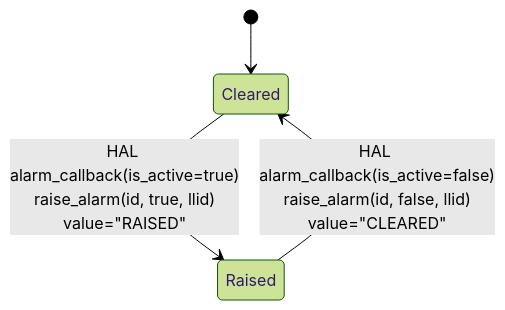
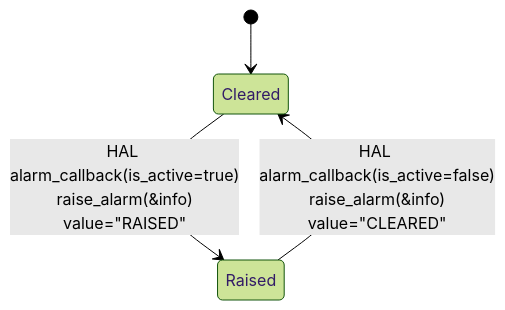
Before and after one commit to rdkcentral/epon-manager: the fifth of 6 diagrams in design_docs/08_Telemetry_Design.md, drawn with Mermaid (forest theme). The commit also changed other lines of this file and 16 other files, not shown here.

````diff
--- a/design_docs/08_Telemetry_Design.md
+++ b/design_docs/08_Telemetry_Design.md
@@ -220,6 +133,6 @@
 ```mermaid
 stateDiagram-v2
     [*] --> Cleared
-    Cleared --> Raised: HAL alarm_callback(is_active=true)<br/>raise_alarm(id, true, llid)<br/>value="RAISED"
-    Raised  --> Cleared: HAL alarm_callback(is_active=false)<br/>raise_alarm(id, false, llid)<br/>value="CLEARED"
+    Cleared --> Raised: HAL alarm_callback(is_active=true)<br/>raise_alarm(&info)<br/>value="RAISED"
+    Raised  --> Cleared: HAL alarm_callback(is_active=false)<br/>raise_alarm(&info)<br/>value="CLEARED"
 ```
````
